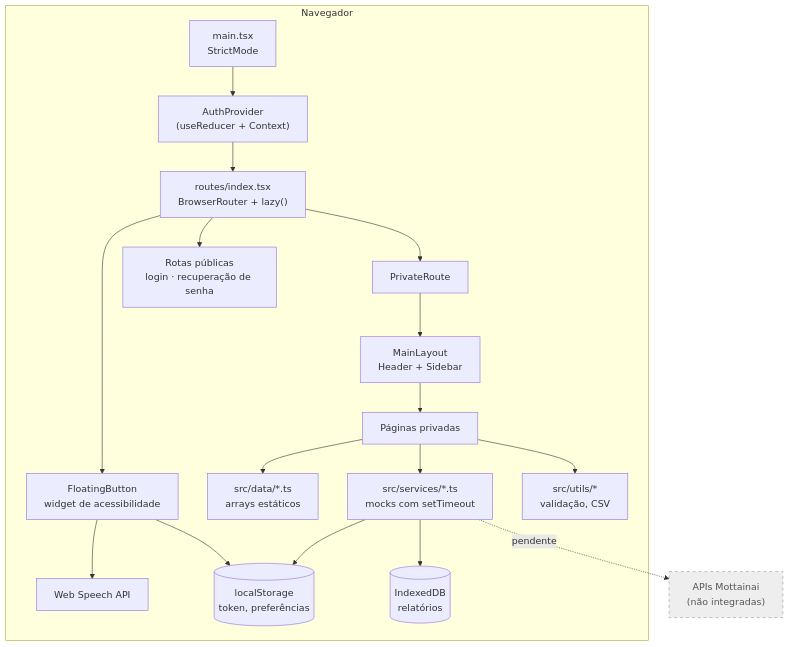
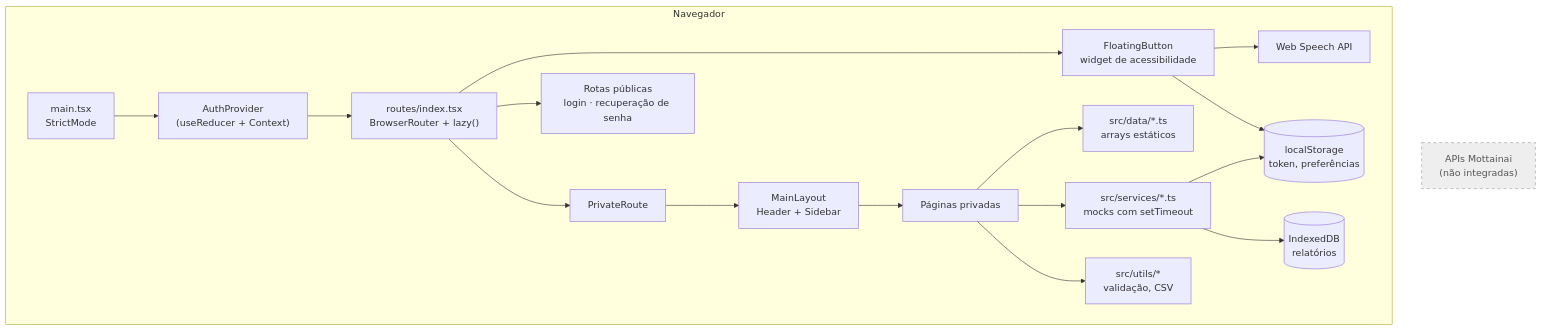
One commit to Mottainai-One/Mottainai-Frontend changed the first of 4 diagrams in README.md. Above: the diagram before and after it, drawn with Mermaid.

Commit message:
docs: remove remaining project status labels

````diff
--- a/README.md
+++ b/README.md
@@ -62,25 +62,24 @@
 ```mermaid
 flowchart TB
     subgraph BROWSER["Navegador"]
         MAIN["main.tsx<br/>StrictMode"] --> AP["AuthProvider<br/>(useReducer + Context)"]
         AP --> R["routes/index.tsx<br/>BrowserRouter + lazy()"]
         R --> FB["FloatingButton<br/>widget de acessibilidade"]
         R --> PUB["Rotas públicas<br/>login · recuperação de senha"]
         R --> PR["PrivateRoute"] --> ML["MainLayout<br/>Header + Sidebar"] --> PAGES["Páginas privadas"]
 
         PAGES --> DATA["src/data/*.ts<br/>arrays estáticos"]
         PAGES --> SVC["src/services/*.ts<br/>mocks com setTimeout"]
         PAGES --> UTIL["src/utils/*<br/>validação, CSV"]
 
         SVC --> LS[("localStorage<br/>token, preferências")]
         SVC --> IDB[("IndexedDB<br/>relatórios")]
         FB --> SPEECH["Web Speech API"]
         FB --> LS
     end
 
     API["APIs Mottainai<br/>(não integradas)"]
-    SVC -. "pendente" .-> API
 
     classDef pending fill:#eee,stroke:#999,stroke-dasharray: 5 5,color:#555
     class API pending
 ```
````
